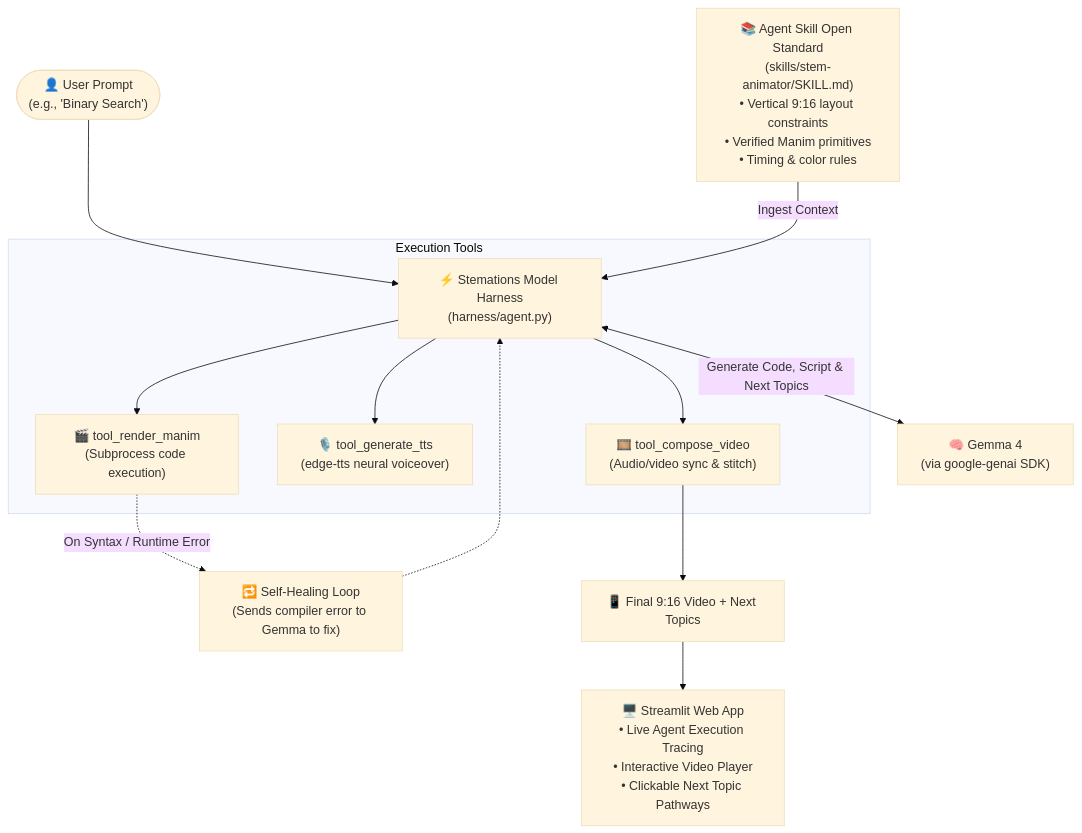
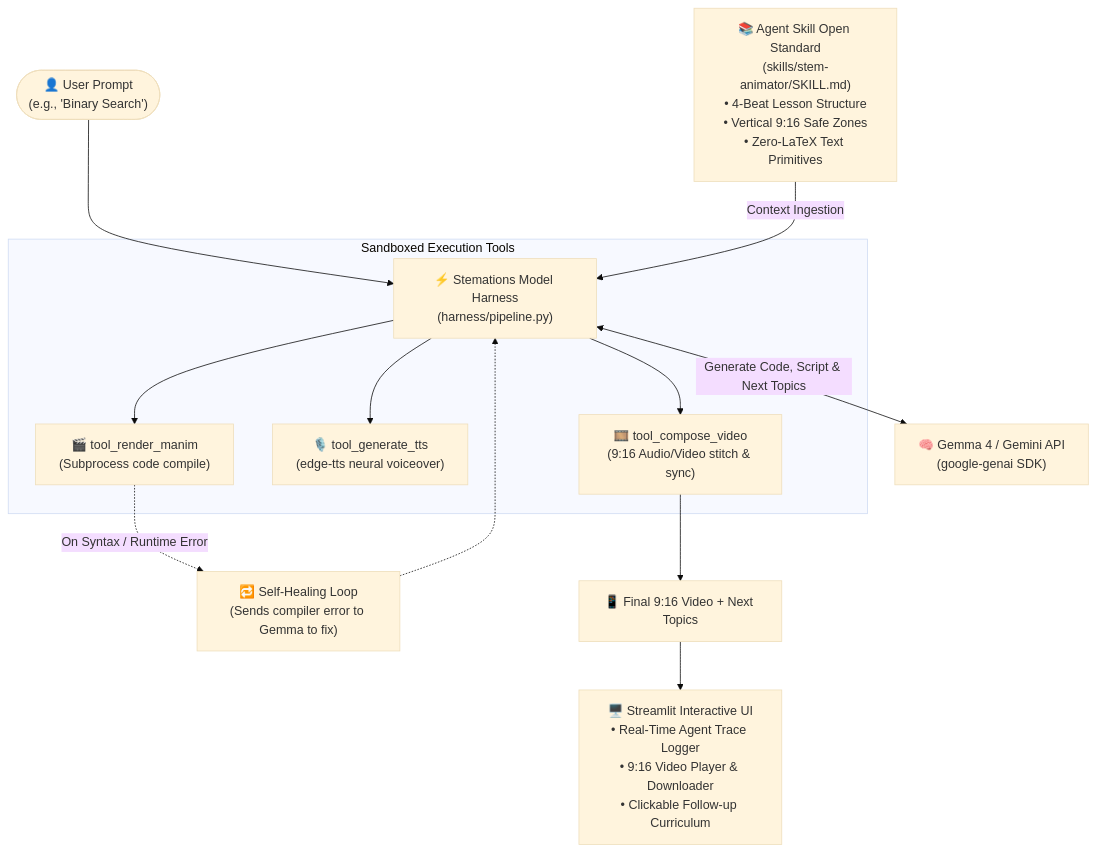
One commit to Haider-Ali7/stemations changed the diagram in README.md. Above: the diagram before and after it, drawn with Mermaid (base theme). The commit also changed other lines of this file and 27 other files, not shown here.

Commit message:
feat: complete Stemations pipeline with Agent Skill, responsive web player, and pitch playbook

````diff
--- a/README.md
+++ b/README.md
@@ -62,20 +52,20 @@
 ```mermaid
 flowchart TD
-    User(["👤 User Prompt\n(e.g., 'Binary Search')"]) --> Harness["⚡ Stemations Model Harness\n(harness/agent.py)"]
+    User(["👤 User Prompt\n(e.g., 'Binary Search')"]) --> Harness["⚡ Stemations Model Harness\n(harness/pipeline.py)"]
     
-    Skill["📚 Agent Skill Open Standard\n(skills/stem-animator/SKILL.md)\n• Vertical 9:16 layout constraints\n• Verified Manim primitives\n• Timing & color rules"] -->|Ingest Context| Harness
+    Skill["📚 Agent Skill Open Standard\n(skills/stem-animator/SKILL.md)\n• 4-Beat Lesson Structure\n• Vertical 9:16 Safe Zones\n• Zero-LaTeX Text Primitives"] -->|Context Ingestion| Harness
     
-    Harness <-->|Generate Code, Script & Next Topics| Gemma["🧠 Gemma 4\n(via google-genai SDK)"]
+    Harness <-->|Generate Code, Script & Next Topics| Gemma["🧠 Gemma 4 / Gemini API\n(google-genai SDK)"]
     
-    subgraph Execution Tools
-        Harness --> ToolManim["🎬 tool_render_manim\n(Subprocess code execution)"]
+    subgraph Sandboxed Execution Tools
+        Harness --> ToolManim["🎬 tool_render_manim\n(Subprocess code compile)"]
         Harness --> ToolTTS["🎙️ tool_generate_tts\n(edge-tts neural voiceover)"]
-        Harness --> ToolCompose["🎞️ tool_compose_video\n(Audio/video sync & stitch)"]
+        Harness --> ToolCompose["🎞️ tool_compose_video\n(9:16 Audio/Video stitch & sync)"]
     end
     
     ToolManim -.->|On Syntax / Runtime Error| SelfHeal["🔁 Self-Healing Loop\n(Sends compiler error to Gemma to fix)"]
     SelfHeal -.-> Harness
     
     ToolCompose --> Final["📱 Final 9:16 Video + Next Topics"]
-    Final --> UI["🖥️ Streamlit Web App\n• Live Agent Execution Tracing\n• Interactive Video Player\n• Clickable Next Topic Pathways"]
+    Final --> UI["🖥️ Streamlit Interactive UI\n• Real-Time Agent Trace Logger\n• 9:16 Video Player & Downloader\n• Clickable Follow-up Curriculum"]
 ```
````
